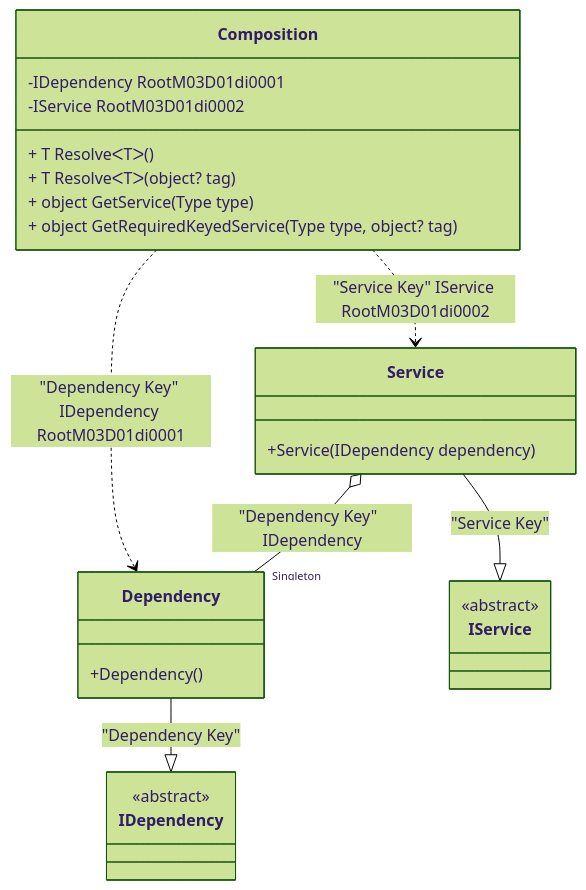
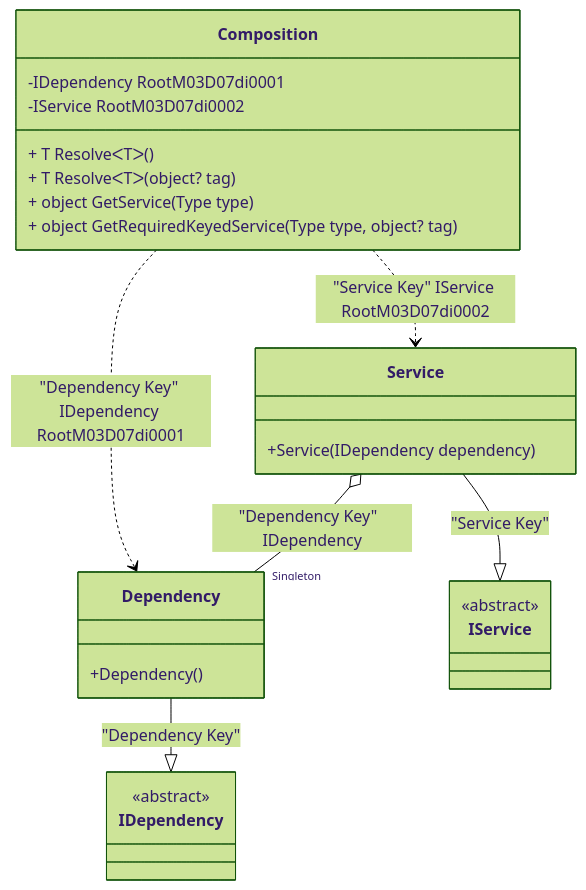
The diagram in readme/keyed-service-provider.md (DevTeam/Pure.DI), drawn with Mermaid (forest theme) before and after one commit. The commit also changed other lines of this file and 83 other files, not shown here.

````diff
--- a/readme/keyed-service-provider.md
+++ b/readme/keyed-service-provider.md
@@ -50,28 +50,28 @@
 ```mermaid
 classDiagram
   class Composition {
-    -IDependency RootM03D01di0001
-    -IService RootM03D01di0002
+    -IDependency RootM03D07di0001
+    -IService RootM03D07di0002
     + T ResolveᐸTᐳ()
     + T ResolveᐸTᐳ(object? tag)
     + object GetService(Type type)
     + object GetRequiredKeyedService(Type type, object? tag)
   }
   Dependency --|> IDependency : "Dependency Key" 
   class Dependency {
     +Dependency()
   }
   Service --|> IService : "Service Key" 
   class Service {
     +Service(IDependency dependency)
   }
   class IDependency {
     <<abstract>>
   }
   class IService {
     <<abstract>>
   }
   Service o--  "Singleton" Dependency : "Dependency Key"  IDependency
-  Composition ..> Dependency : "Dependency Key" IDependency RootM03D01di0001
-  Composition ..> Service : "Service Key" IService RootM03D01di0002
+  Composition ..> Dependency : "Dependency Key" IDependency RootM03D07di0001
+  Composition ..> Service : "Service Key" IService RootM03D07di0002
 ```
````
